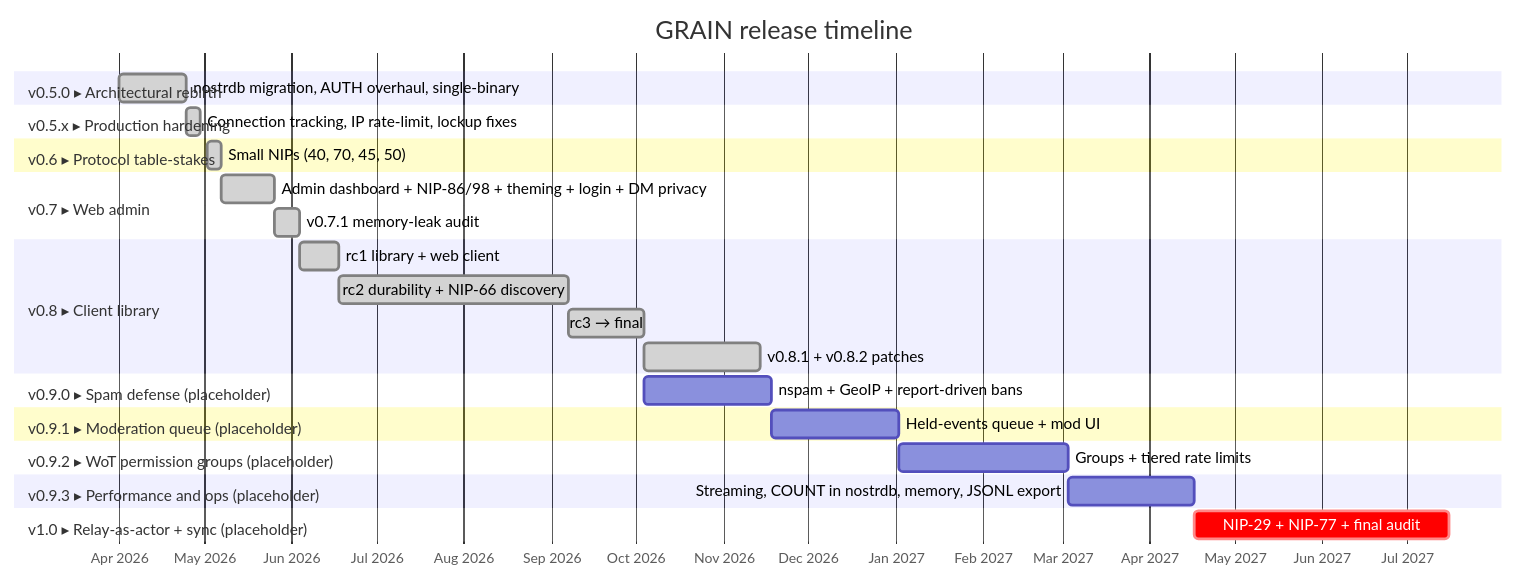
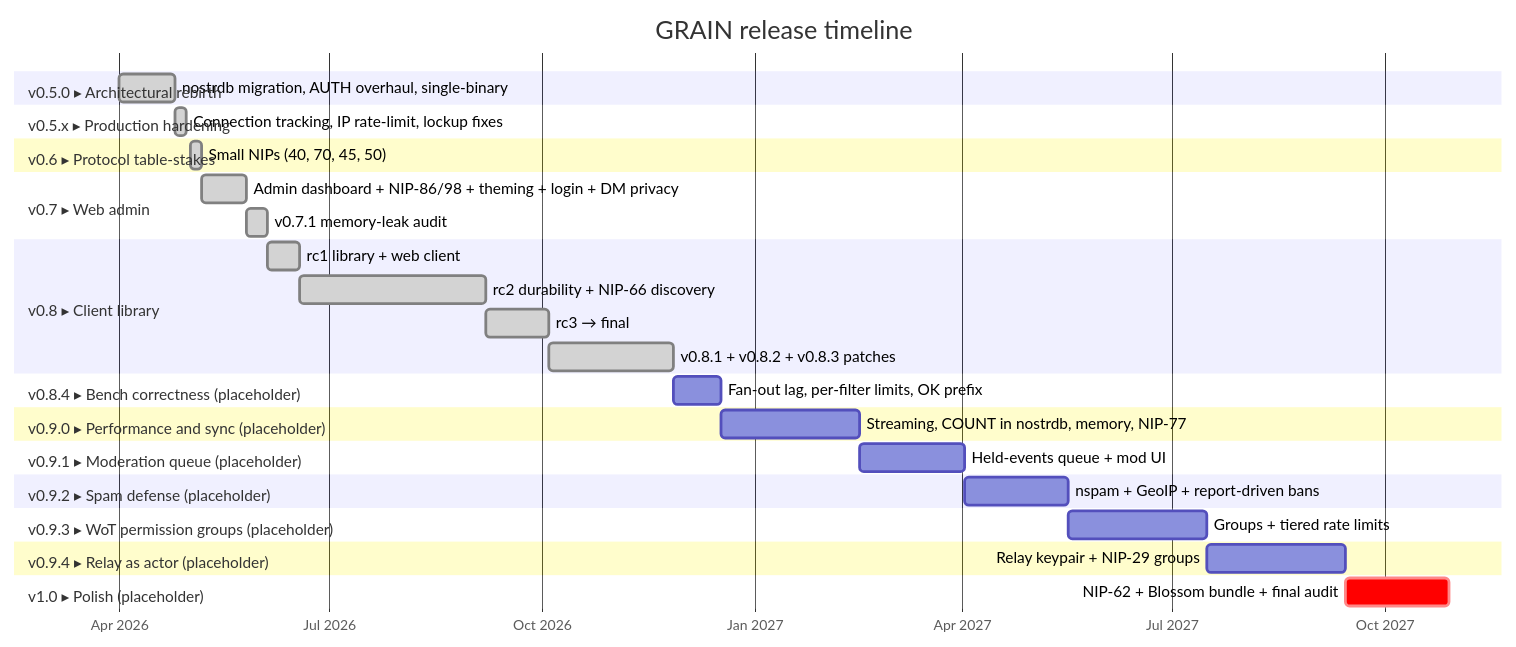
The diagram in ROADMAP.md (0ceanSlim/grain), drawn with Mermaid before and after one commit. The commit also changed other lines of this file, not shown here.

First line of the commit message:
docs(roadmap): re-sequence to 1.0 after v0.8.3 and the weekly bench

````diff
--- a/ROADMAP.md
+++ b/ROADMAP.md
@@ -26,40 +26,46 @@
 ```mermaid
 gantt
     title GRAIN release timeline
     dateFormat  YYYY-MM-DD
     axisFormat  %b %Y
 
     section v0.5.0 ▸ Architectural rebirth
     nostrdb migration, AUTH overhaul, single-binary    :done, v05, 2026-04-01, 2026-04-25
 
     section v0.5.x ▸ Production hardening
     Connection tracking, IP rate-limit, lockup fixes   :done, v05x, 2026-04-25, 2026-04-30
 
     section v0.6 ▸ Protocol table-stakes
     Small NIPs (40, 70, 45, 50)                        :done, v06, 2026-05-02, 2026-05-07
 
     section v0.7 ▸ Web admin
     Admin dashboard + NIP-86/98 + theming + login + DM privacy :done, v07, 2026-05-07, 2026-05-26
     v0.7.1 memory-leak audit                           :done, v071, 2026-05-26, 2026-06-04
 
     section v0.8 ▸ Client library
     rc1 library + web client                           :done, v08a, 2026-06-04, 2026-06-18
     rc2 durability + NIP-66 discovery                  :done, v08b, 2026-06-18, 2026-09-07
     rc3 → final                                        :done, v08c, 2026-09-07, 2026-10-04
-    v0.8.1 + v0.8.2 patches                            :done, v08p, 2026-10-04, 2026-11-14
+    v0.8.1 + v0.8.2 + v0.8.3 patches                   :done, v08p, 2026-10-04, 2026-11-27
 
-    section v0.9.0 ▸ Spam defense (placeholder)
-    nspam + GeoIP + report-driven bans                 :v090, after v08c, 45d
+    section v0.8.4 ▸ Bench correctness (placeholder)
+    Fan-out lag, per-filter limits, OK prefix          :v084, after v08p, 21d
+
+    section v0.9.0 ▸ Performance and sync (placeholder)
+    Streaming, COUNT in nostrdb, memory, NIP-77        :v090, after v084, 60d
 
     section v0.9.1 ▸ Moderation queue (placeholder)
     Held-events queue + mod UI                         :v091, after v090, 45d
 
-    section v0.9.2 ▸ WoT permission groups (placeholder)
-    Groups + tiered rate limits                        :v092, after v091, 60d
+    section v0.9.2 ▸ Spam defense (placeholder)
+    nspam + GeoIP + report-driven bans                 :v092, after v091, 45d
 
-    section v0.9.3 ▸ Performance and ops (placeholder)
-    Streaming, COUNT in nostrdb, memory, JSONL export  :v093, after v092, 45d
+    section v0.9.3 ▸ WoT permission groups (placeholder)
+    Groups + tiered rate limits                        :v093, after v092, 60d
 
-    section v1.0 ▸ Relay-as-actor + sync (placeholder)
-    NIP-29 + NIP-77 + final audit                      :crit, v10, after v093, 90d
+    section v0.9.4 ▸ Relay as actor (placeholder)
+    Relay keypair + NIP-29 groups                      :v094, after v093, 60d
+
+    section v1.0 ▸ Polish (placeholder)
+    NIP-62 + Blossom bundle + final audit              :crit, v10, after v094, 45d
 ```
````
